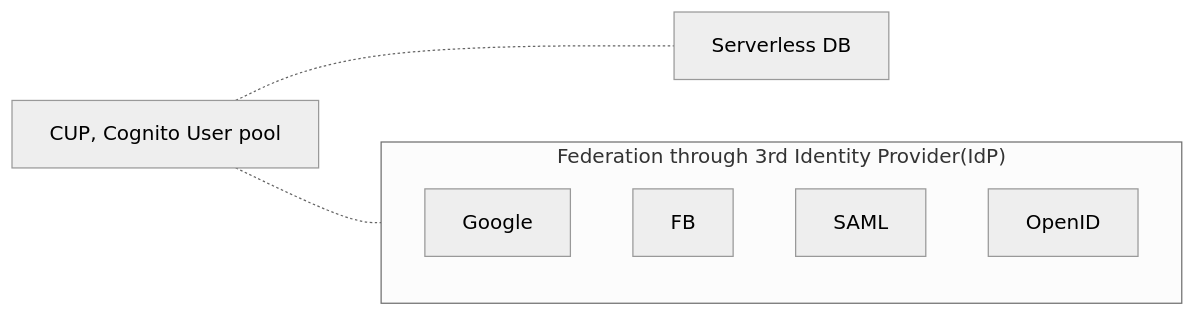
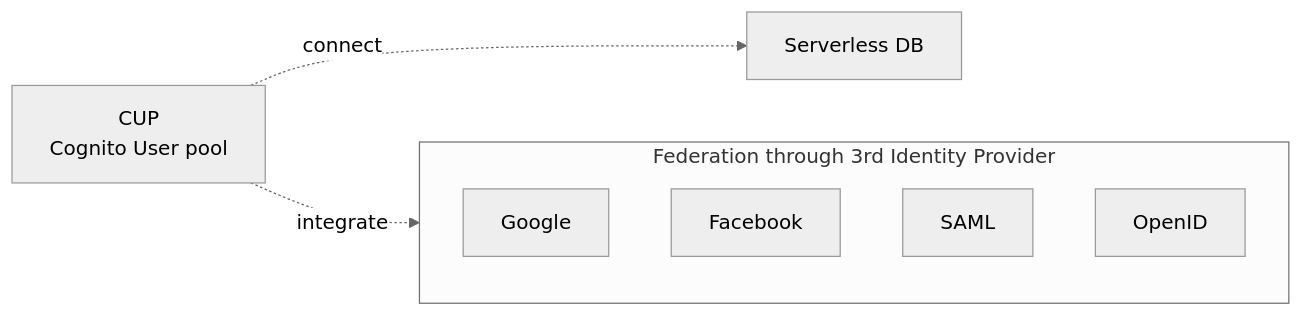
One commit to cool21540125/documentation-notes changed the second of 7 diagrams in aws/Cognito.md. Above: the diagram before and after it, drawn with Mermaid (neutral theme). The commit also changed other lines of this file and 3 other files, not shown here.

````diff
--- a/aws/Cognito.md
+++ b/aws/Cognito.md
@@ -31,8 +29,13 @@
 ```mermaid
 flowchart LR
-    up["CUP, Cognito User pool"] -.- db["Serverless DB"]
-    up -.- IdP;
-    subgraph IdP["Federation through 3rd Identity Provider(IdP)"]
-        Google; FB; SAML; OpenID
+    up["CUP<br/>Cognito User pool"]
+    db["Serverless DB"]
+    subgraph IdP["Federation through 3rd Identity Provider"]
+        Google["Google"]
+        FB["Facebook"]
+        SAML["SAML"]
+        OpenID["OpenID"]
     end
+    up -.->|connect| db
+    up -.->|integrate| IdP
 ```
````
